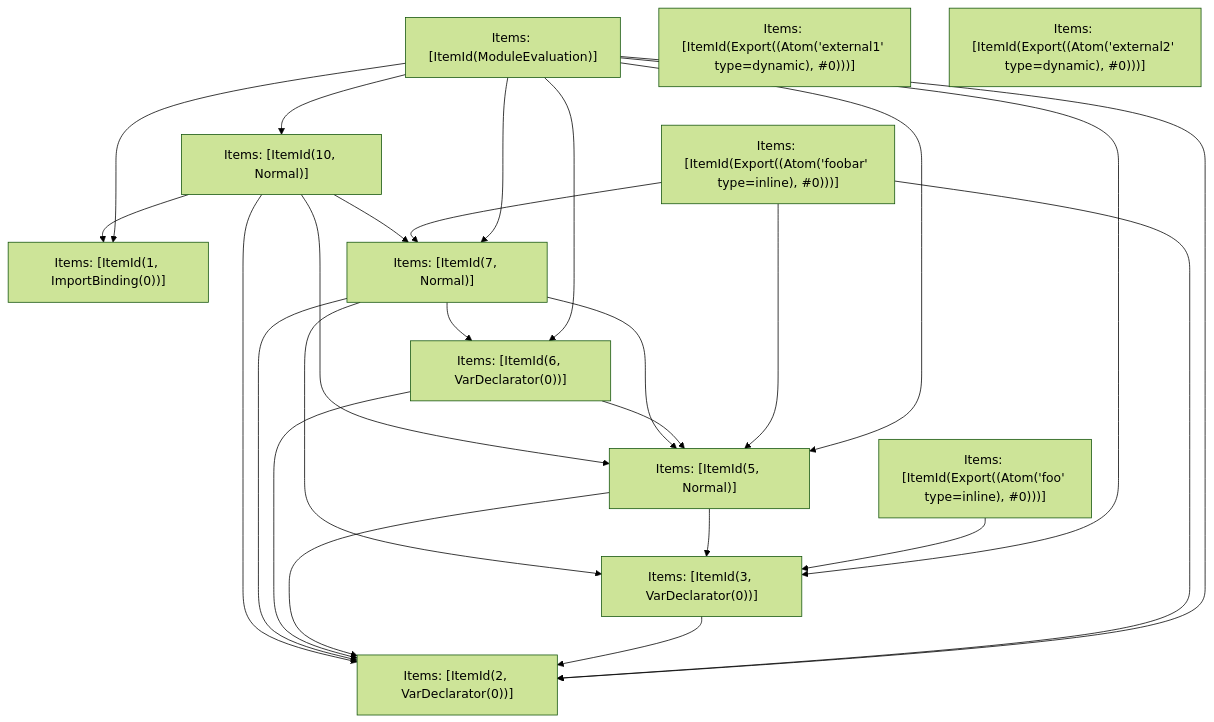
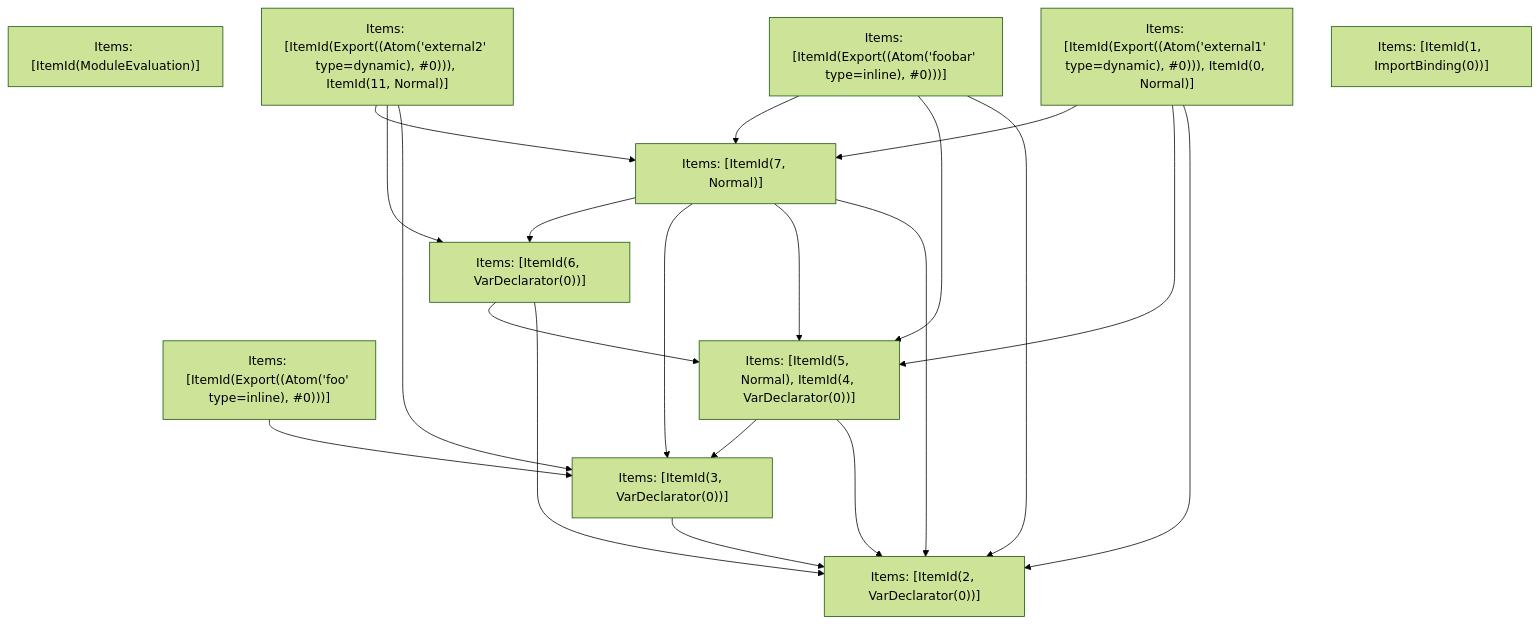
The fifth of 5 diagrams in crates/turbopack-ecmascript/tests/tree-shaker/analyzer/2/output.md (vercel/turborepo), drawn with Mermaid (forest theme) before and after one commit. The commit also changed other lines of this file and 3 other files, not shown here.

````diff
--- a/crates/turbopack-ecmascript/tests/tree-shaker/analyzer/2/output.md
+++ b/crates/turbopack-ecmascript/tests/tree-shaker/analyzer/2/output.md
@@ -370,39 +359,33 @@
 ```mermaid
 graph TD
     N0["Items: [ItemId(ModuleEvaluation)]"];
-    N1["Items: [ItemId(Export((Atom('external1' type=dynamic), #0)))]"];
+    N1["Items: [ItemId(Export((Atom('external1' type=dynamic), #0))), ItemId(0, Normal)]"];
     N2["Items: [ItemId(Export((Atom('foobar' type=inline), #0)))]"];
     N3["Items: [ItemId(Export((Atom('foo' type=inline), #0)))]"];
-    N4["Items: [ItemId(Export((Atom('external2' type=dynamic), #0)))]"];
+    N4["Items: [ItemId(Export((Atom('external2' type=dynamic), #0))), ItemId(11, Normal)]"];
     N5["Items: [ItemId(1, ImportBinding(0))]"];
     N6["Items: [ItemId(2, VarDeclarator(0))]"];
     N7["Items: [ItemId(3, VarDeclarator(0))]"];
-    N8["Items: [ItemId(5, Normal)]"];
+    N8["Items: [ItemId(5, Normal), ItemId(4, VarDeclarator(0))]"];
     N9["Items: [ItemId(6, VarDeclarator(0))]"];
     N10["Items: [ItemId(7, Normal)]"];
-    N11["Items: [ItemId(10, Normal)]"];
-    N0 --> N5;
-    N0 --> N6;
-    N0 --> N8;
-    N0 --> N10;
-    N0 --> N7;
-    N0 --> N9;
-    N0 --> N11;
+    N1 --> N6;
+    N1 --> N8;
+    N1 --> N10;
     N2 --> N6;
     N2 --> N8;
     N2 --> N10;
     N3 --> N7;
+    N4 --> N7;
+    N4 --> N9;
+    N4 --> N10;
     N7 --> N6;
     N8 --> N6;
     N8 --> N7;
     N9 --> N6;
     N9 --> N8;
     N10 --> N6;
     N10 --> N8;
     N10 --> N7;
     N10 --> N9;
-    N11 --> N5;
-    N11 --> N6;
-    N11 --> N8;
-    N11 --> N10;
 ```
````
